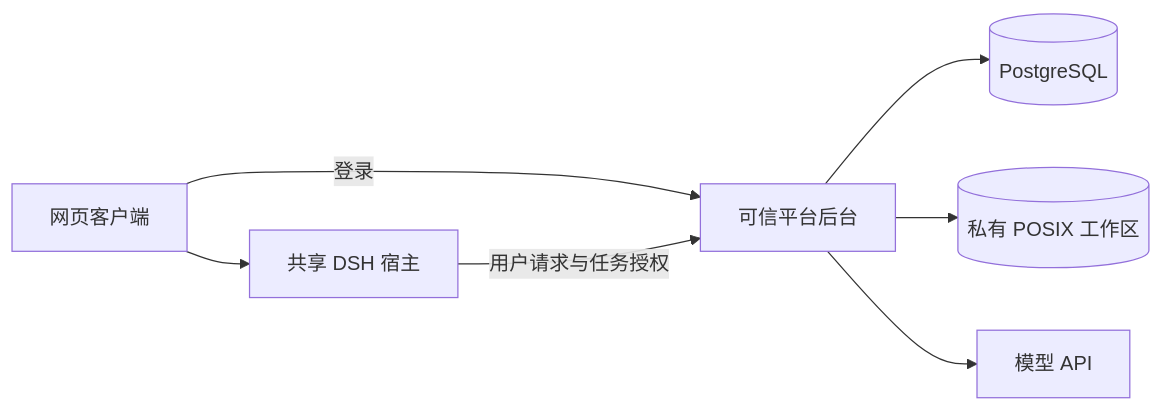
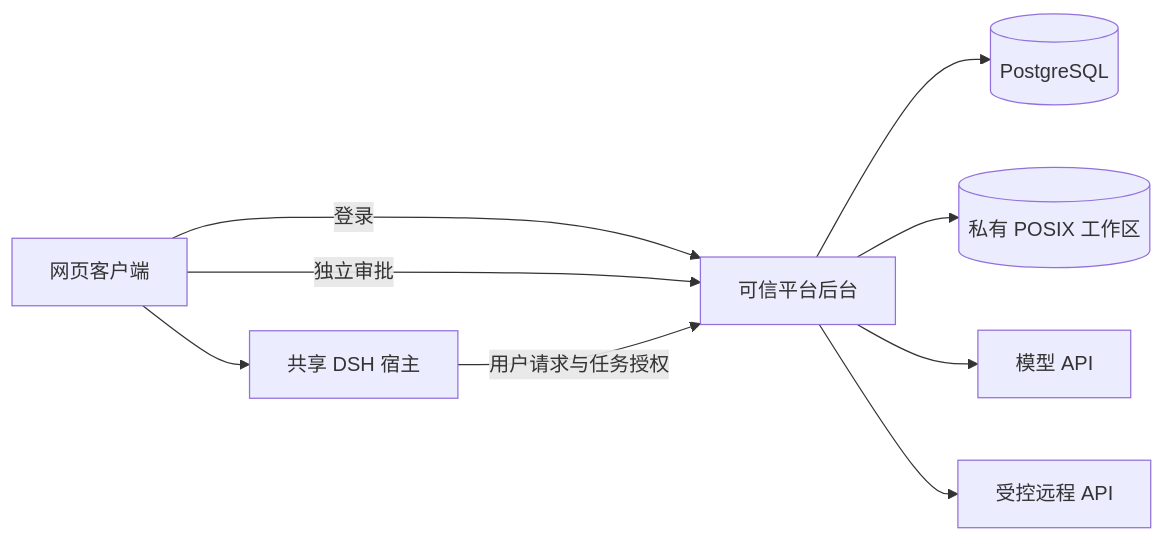
Before and after one commit to naturalnum/deepseek-harness: the diagram in products/power-evolve/README.md, drawn with Mermaid. The commit also changed other lines of this file and 43 other files, not shown here.

````diff
--- a/products/power-evolve/README.md
+++ b/products/power-evolve/README.md
@@ -7,9 +7,11 @@
 ```mermaid
 flowchart LR
   C[网页客户端] --> H[共享 DSH 宿主]
   C -->|登录| P[可信平台后台]
+  C -->|独立审批| P
   H -->|用户请求与任务授权| P
   P --> DB[(PostgreSQL)]
   P --> FS[(私有 POSIX 工作区)]
   P --> M[模型 API]
+  P --> A[受控远程 API]
 ```
````
